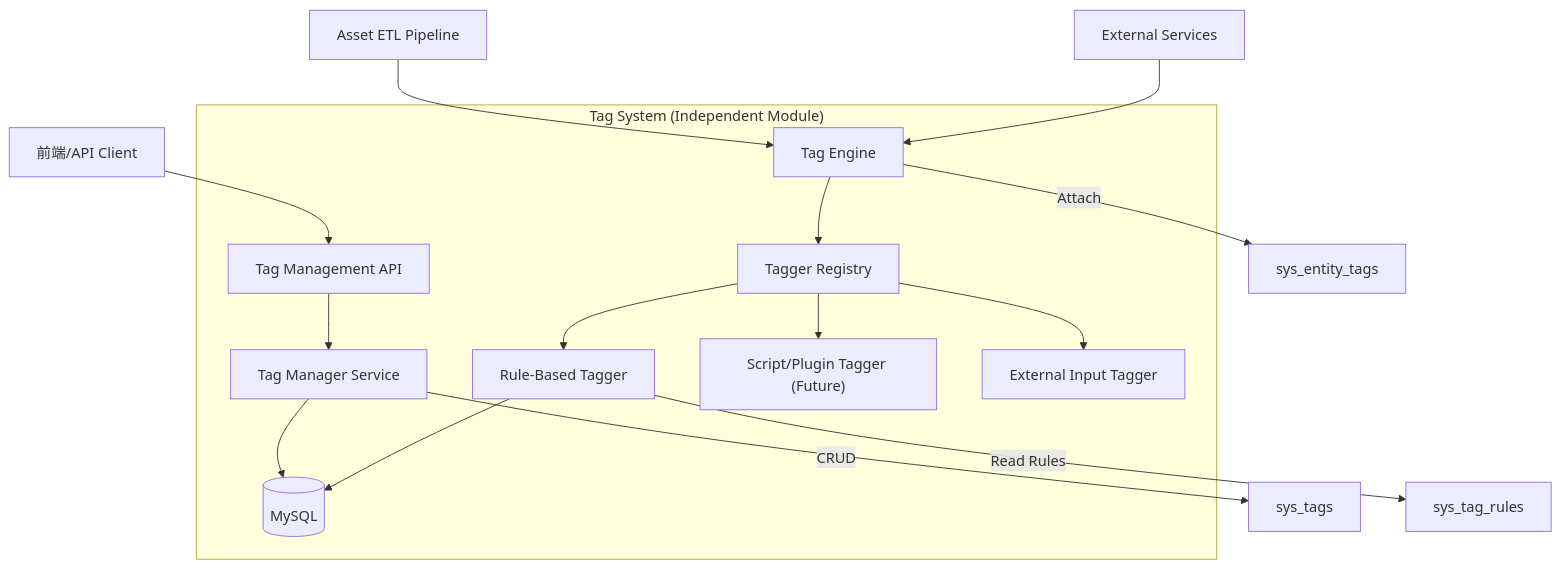
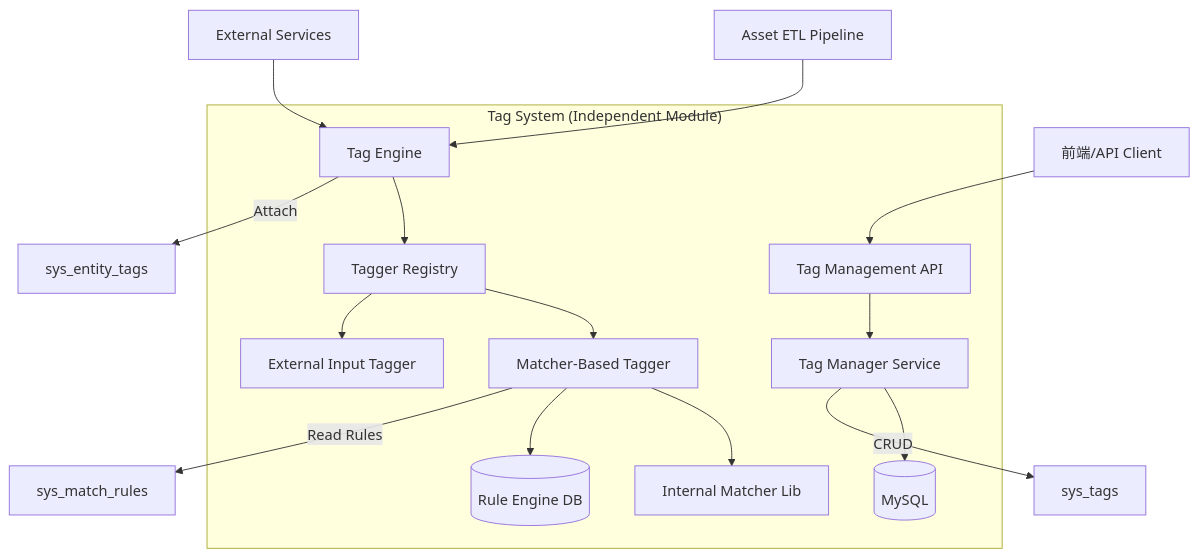
One commit to sun977/NeoScan changed the diagram in neoMaster/docs/TagSystem/DESIGN_TagSystem.md. Above: the diagram before and after it, drawn with Mermaid. The commit also changed other lines of this file and 1 other file, not shown here.

First line of the commit message:
docs(TagSystem): 更新文档以包含规则扩散功能设计

````diff
--- a/neoMaster/docs/TagSystem/DESIGN_TagSystem.md
+++ b/neoMaster/docs/TagSystem/DESIGN_TagSystem.md
@@ -9,22 +9,22 @@
 ```mermaid
-flowchart TD
-    Client["前端/API Client"] --> TagAPI["Tag Management API"]
-    AssetETL["Asset ETL Pipeline"] --> TagEngine["Tag Engine"]
-    ExternalSvc["External Services"] --> TagEngine
-
+graph TD
+    Client[前端/API Client] --> TagAPI[Tag Management API]
+    AssetETL[Asset ETL Pipeline] --> TagEngine[Tag Engine]
+    ExternalSvc[External Services] --> TagEngine
+    
     subgraph "Tag System (Independent Module)"
-        TagAPI --> TagMgr["Tag Manager Service"]
-        TagEngine --> TaggerRegistry["Tagger Registry"]
+        TagAPI --> TagMgr[Tag Manager Service]
+        TagEngine --> TaggerRegistry[Tagger Registry]
         
-        TaggerRegistry --> RuleTagger["Rule-Based Tagger"]
-        TaggerRegistry --> ScriptTagger["Script/Plugin Tagger (Future)"]
-        TaggerRegistry --> ExternalTagger["External Input Tagger"]
+        TaggerRegistry --> MatcherTagger[Matcher-Based Tagger]
+        TaggerRegistry --> ExternalTagger[External Input Tagger]
         
-        TagMgr --> DB[("MySQL")]
-        RuleTagger --> DB
+        TagMgr --> DB[(MySQL)]
+        MatcherTagger --> MatcherLib[Internal Matcher Lib]
+        MatcherTagger --> RuleDB[(Rule Engine DB)]
     end
     
-    TagMgr -- CRUD --> SysTags["sys_tags"]
-    RuleTagger -- Read Rules --> SysTagRules["sys_tag_rules"]
-    TagEngine -- Attach --> SysEntityTags["sys_entity_tags"]
+    TagMgr -- CRUD --> SysTags[sys_tags]
+    MatcherTagger -- Read Rules --> SysMatchRules[sys_match_rules]
+    TagEngine -- Attach --> SysEntityTags[sys_entity_tags]
 ```
````
